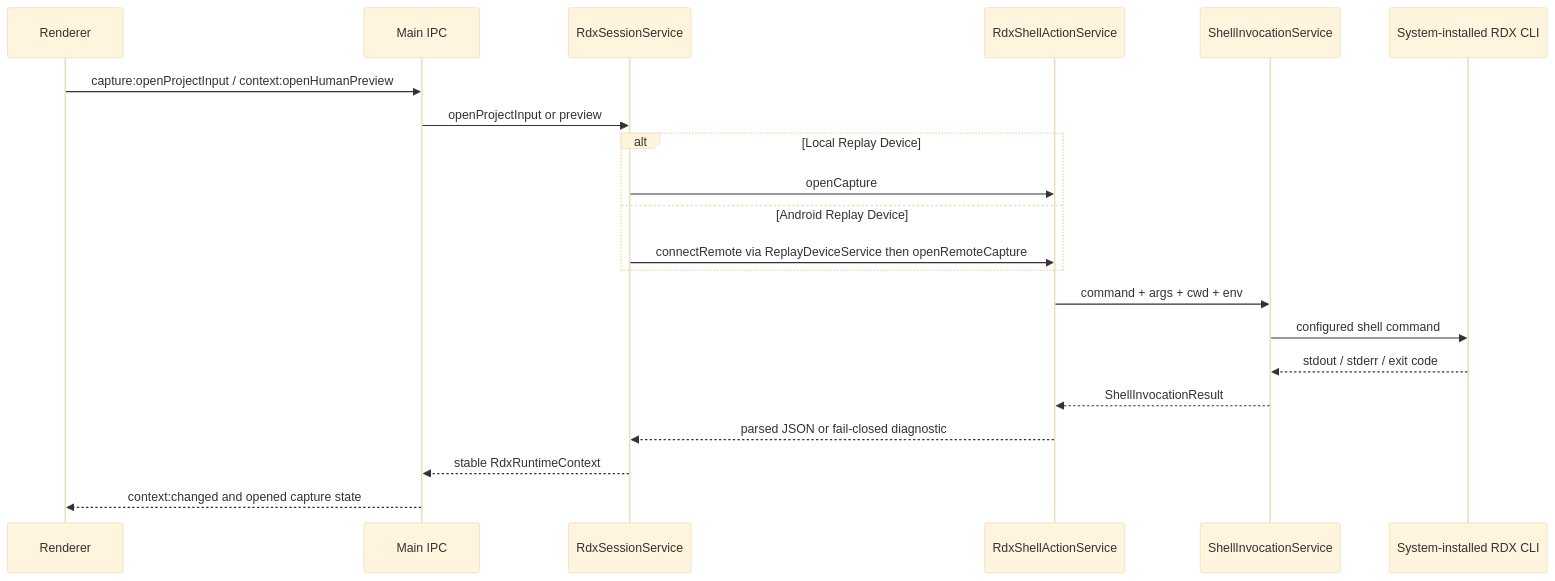
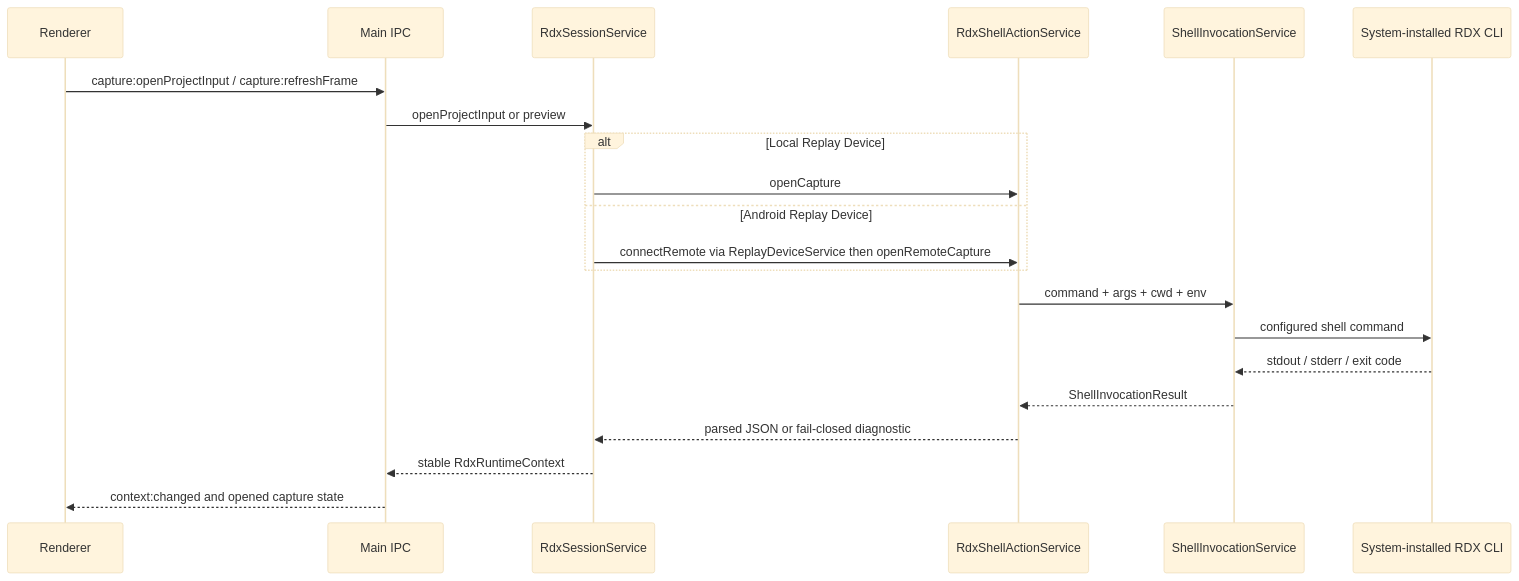
One commit to haolange/RDC-Agent changed the second of 3 diagrams in docs/architecture/data-flow.md. Above: the diagram before and after it, drawn with Mermaid (base theme). The commit also changed other lines of this file and 101 other files, not shown here.

````diff
--- a/docs/architecture/data-flow.md
+++ b/docs/architecture/data-flow.md
@@ -35,24 +35,24 @@
 ```mermaid
 sequenceDiagram
   participant UI as Renderer
   participant IPC as Main IPC
   participant Session as RdxSessionService
   participant Action as RdxShellActionService
   participant Shell as ShellInvocationService
   participant CLI as System-installed RDX CLI
 
-  UI->>IPC: capture:openProjectInput / context:openHumanPreview
+  UI->>IPC: capture:openProjectInput / capture:refreshFrame
   IPC->>Session: openProjectInput or preview
   alt Local Replay Device
     Session->>Action: openCapture
   else Android Replay Device
     Session->>Action: connectRemote via ReplayDeviceService then openRemoteCapture
   end
   Action->>Shell: command + args + cwd + env
   Shell->>CLI: configured shell command
   CLI-->>Shell: stdout / stderr / exit code
   Shell-->>Action: ShellInvocationResult
   Action-->>Session: parsed JSON or fail-closed diagnostic
   Session-->>IPC: stable RdxRuntimeContext
   IPC-->>UI: context:changed and opened capture state
 ```
````
